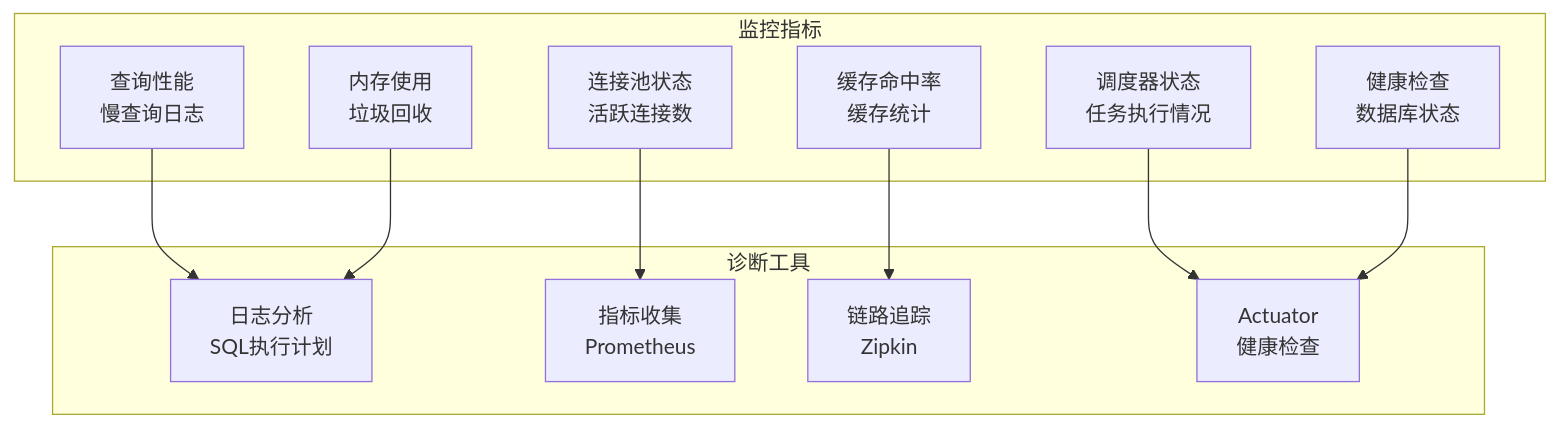
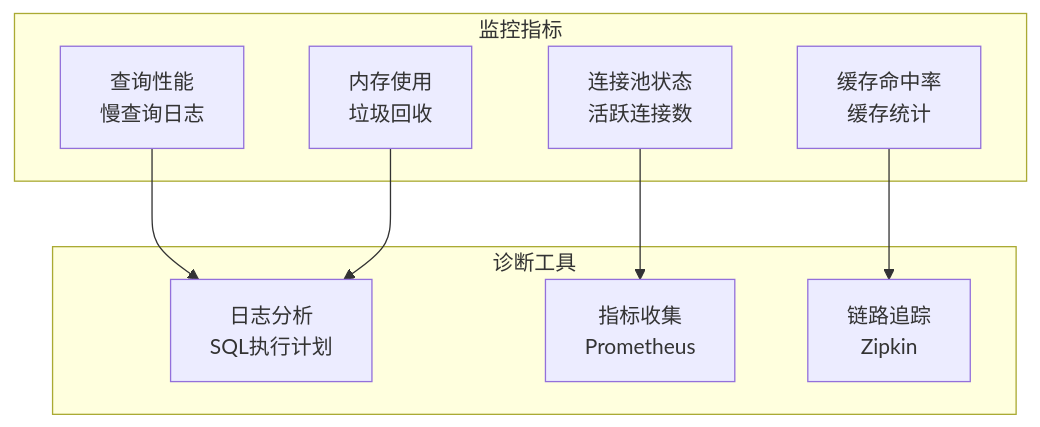
Before and after one commit to gree-coder/fund-butler: the eighth of 9 diagrams in .qoder/repowiki/zh/content/核心功能开发/数据库集成.md, drawn with Mermaid. The commit also changed other lines of this file and 21 other files, not shown here.

````diff
--- a/.qoder/repowiki/zh/content/核心功能开发/数据库集成.md
+++ b/.qoder/repowiki/zh/content/核心功能开发/数据库集成.md
@@ -677,23 +445,18 @@
 ```mermaid
 graph TB
 subgraph "监控指标"
 QUERY[查询性能<br/>慢查询日志]
 CONNECTION[连接池状态<br/>活跃连接数]
 CACHE[缓存命中率<br/>缓存统计]
 HEAP[内存使用<br/>垃圾回收]
-SCHEDULER[调度器状态<br/>任务执行情况]
-HEALTH[健康检查<br/>数据库状态]
 end
 subgraph "诊断工具"
 LOG[日志分析<br/>SQL执行计划]
 METRICS[指标收集<br/>Prometheus]
 TRACE[链路追踪<br/>Zipkin]
-ACTUATOR[Actuator<br/>健康检查]
 end
 QUERY --> LOG
 CONNECTION --> METRICS
 CACHE --> TRACE
 HEAP --> LOG
-SCHEDULER --> ACTUATOR
-HEALTH --> ACTUATOR
 ```
````
